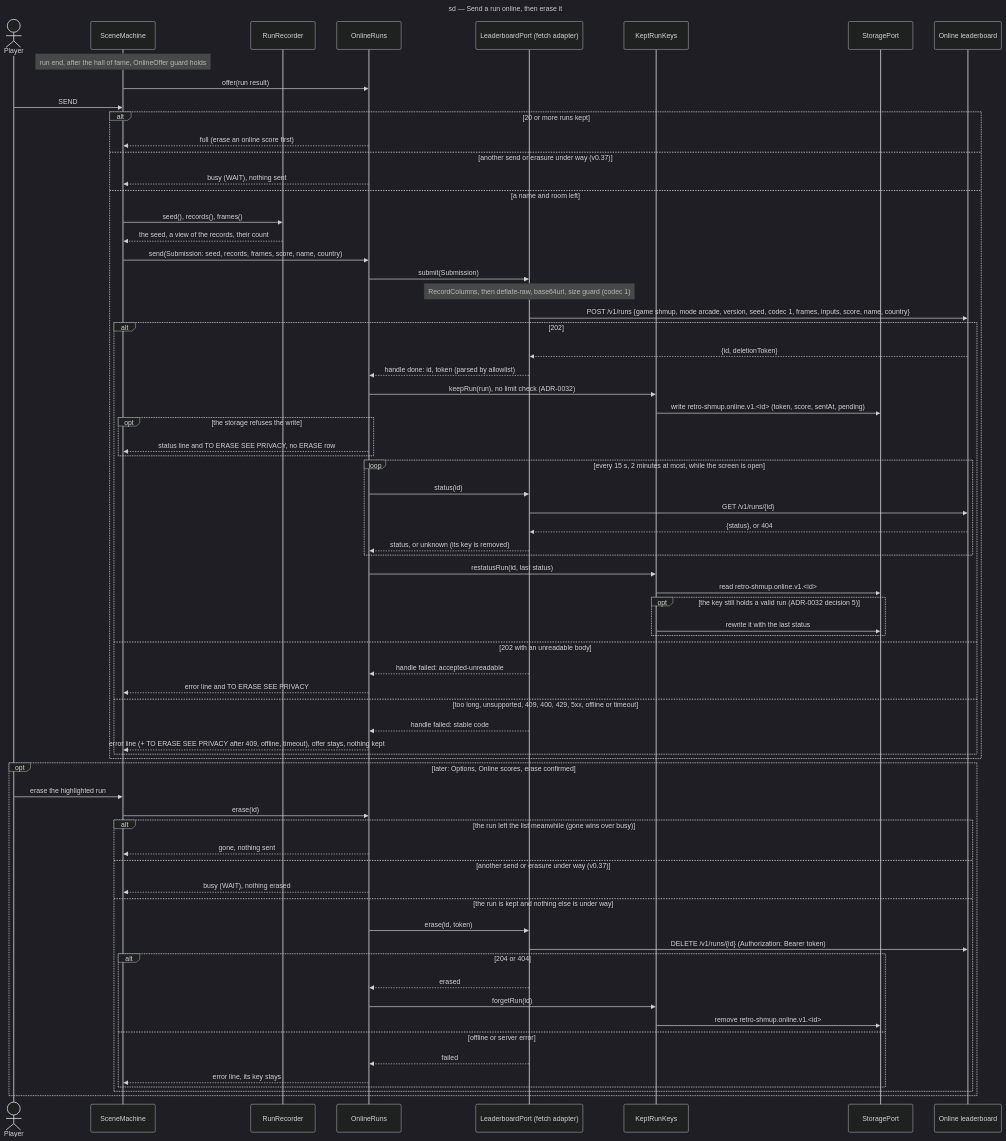
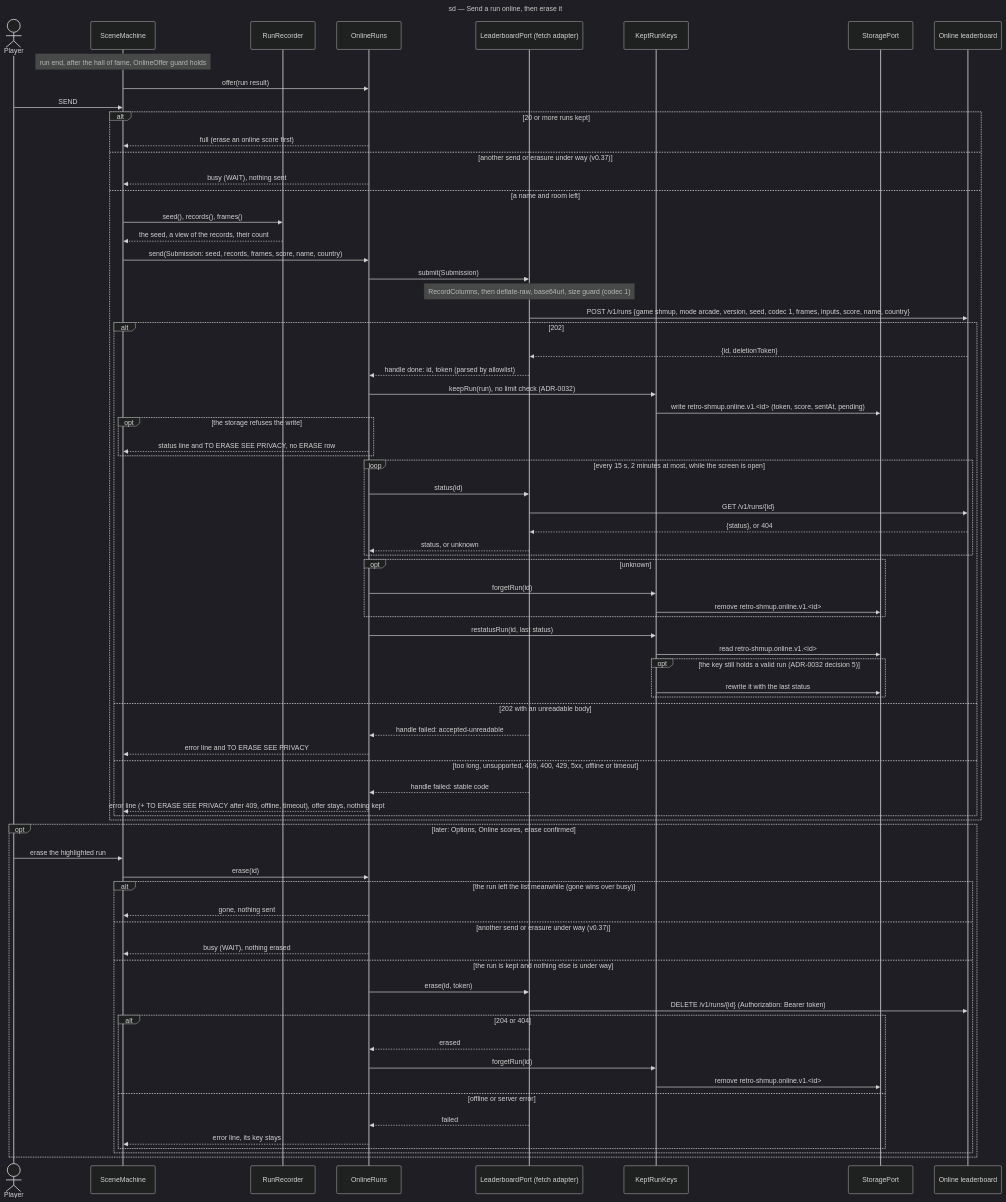
Before and after one commit to benoit-bremaud/retro-shmup: the diagram in docs/architecture/diagrams/meta/02-sequence-send-online.md, drawn with Mermaid (dark theme).

Commit message:
docs(uml): draw the key removal on an unknown status
Refs #175

````diff
--- a/docs/architecture/diagrams/meta/02-sequence-send-online.md
+++ b/docs/architecture/diagrams/meta/02-sequence-send-online.md
@@ -19,75 +19,79 @@
 ```mermaid
 sequenceDiagram
   title sd — Send a run online, then erase it
   actor Player
   participant Scenes as SceneMachine
   participant Rec as RunRecorder
   participant Online as OnlineRuns
   participant Port as LeaderboardPort (fetch adapter)
   participant Keys as KeptRunKeys
   participant Store as StoragePort
   participant LB as Online leaderboard
 
   Note over Scenes: run end, after the hall of fame, OnlineOffer guard holds
   Scenes->>Online: offer(run result)
   Player->>Scenes: SEND
   alt 20 or more runs kept
     Online-->>Scenes: full (erase an online score first)
   else another send or erasure under way (v0.37)
     Online-->>Scenes: busy (WAIT), nothing sent
   else a name and room left
     Scenes->>Rec: seed(), records(), frames()
     Rec-->>Scenes: the seed, a view of the records, their count
     Scenes->>Online: send(Submission: seed, records, frames, score, name, country)
     Online->>Port: submit(Submission)
     Note over Port: RecordColumns, then deflate-raw, base64url, size guard (codec 1)
     Port->>LB: POST /v1/runs {game shmup, mode arcade, version, seed, codec 1, frames, inputs, score, name, country}
     alt 202
       LB-->>Port: {id, deletionToken}
       Port-->>Online: handle done: id, token (parsed by allowlist)
       Online->>Keys: keepRun(run), no limit check (ADR-0032)
       Keys->>Store: write retro-shmup.online.v1.<id> (token, score, sentAt, pending)
       opt the storage refuses the write
         Online-->>Scenes: status line and TO ERASE SEE PRIVACY, no ERASE row
       end
       loop every 15 s, 2 minutes at most, while the screen is open
         Online->>Port: status(id)
         Port->>LB: GET /v1/runs/{id}
         LB-->>Port: {status}, or 404
-        Port-->>Online: status, or unknown (its key is removed)
+        Port-->>Online: status, or unknown
+      end
+      opt unknown
+        Online->>Keys: forgetRun(id)
+        Keys->>Store: remove retro-shmup.online.v1.<id>
       end
       Online->>Keys: restatusRun(id, last status)
       Keys->>Store: read retro-shmup.online.v1.<id>
       opt the key still holds a valid run (ADR-0032 decision 5)
         Keys->>Store: rewrite it with the last status
       end
     else 202 with an unreadable body
       Port-->>Online: handle failed: accepted-unreadable
       Online-->>Scenes: error line and TO ERASE SEE PRIVACY
     else too long, unsupported, 409, 400, 429, 5xx, offline or timeout
       Port-->>Online: handle failed: stable code
       Online-->>Scenes: error line (+ TO ERASE SEE PRIVACY after 409, offline, timeout), offer stays, nothing kept
     end
   end
 
   opt later: Options, Online scores, erase confirmed
     Player->>Scenes: erase the highlighted run
     Scenes->>Online: erase(id)
     alt the run left the list meanwhile (gone wins over busy)
       Online-->>Scenes: gone, nothing sent
     else another send or erasure under way (v0.37)
       Online-->>Scenes: busy (WAIT), nothing erased
     else the run is kept and nothing else is under way
       Online->>Port: erase(id, token)
       Port->>LB: DELETE /v1/runs/{id} (Authorization: Bearer token)
       alt 204 or 404
         Port-->>Online: erased
         Online->>Keys: forgetRun(id)
         Keys->>Store: remove retro-shmup.online.v1.<id>
       else offline or server error
         Port-->>Online: failed
         Online-->>Scenes: error line, its key stays
       end
     end
   end
 ```
````
